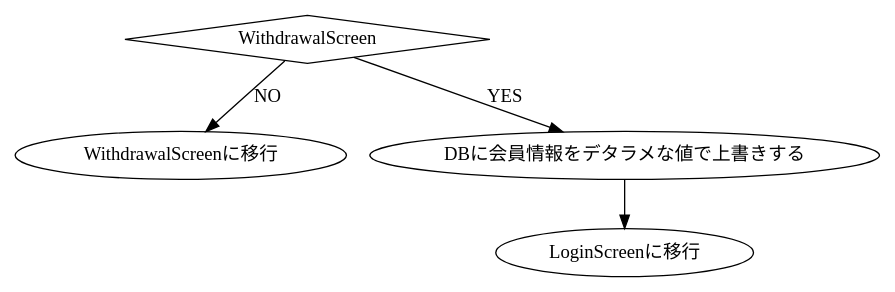
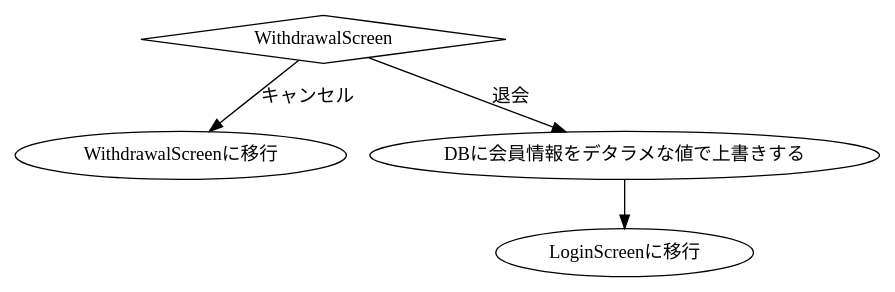
One commit to KUT-Group12/internal_design changed the diagram in dot/marudemaru/Withdrawal.dot. Above: the diagram before and after it, drawn with Graphviz. The commit also changed 15 other files, not shown here.

```diff
--- a/dot/marudemaru/Withdrawal.dot
+++ b/dot/marudemaru/Withdrawal.dot
@@ -1,12 +1,12 @@
 digraph G {
     #include "style.doth"
 
     ok[label = "WithdrawalScreen", shape = diamond]
     confirmation_no[label = "WithdrawalScreenに移行"]
     confirmation_yes[label = "DBに会員情報をデタラメな値で上書きする"]
     login[label = "LoginScreenに移行"]
 
-    ok -> confirmation_no[label = "NO"]
-    ok -> confirmation_yes[label = "YES"]
+    ok -> confirmation_no[label = "キャンセル"]
+    ok -> confirmation_yes[label = "退会"]
     confirmation_yes -> login
 }
```
